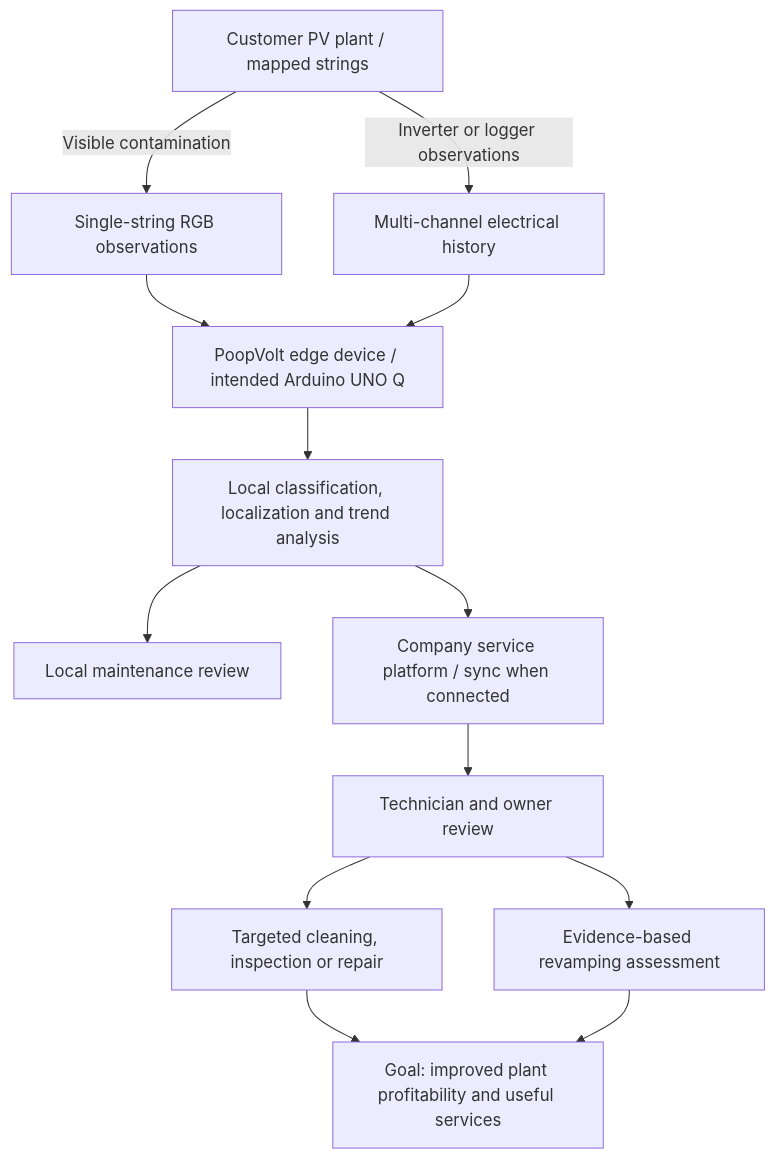
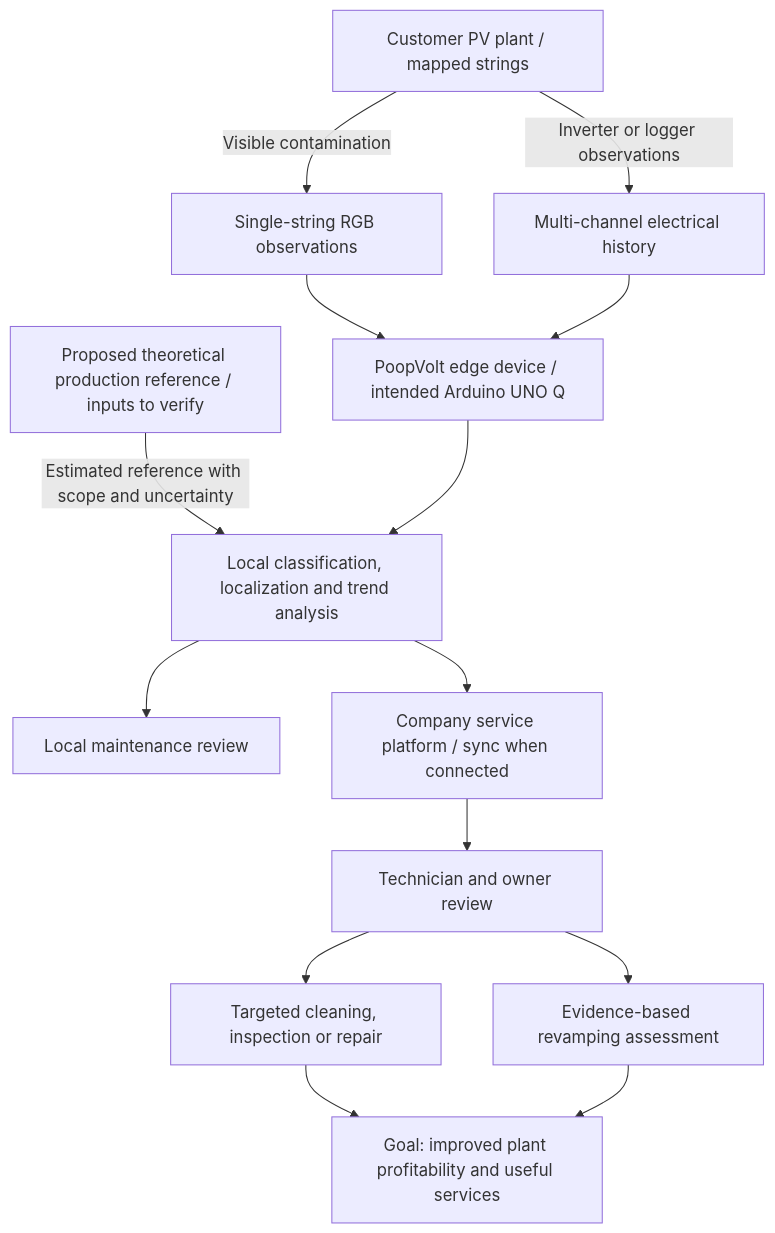
The diagram in docs/architecture/overview.md (B-AROL-O/hackturin-2026), drawn with Mermaid before and after one commit. The commit also changed other lines of this file and 25 other files, not shown here.

````diff
--- a/docs/architecture/overview.md
+++ b/docs/architecture/overview.md
@@ -10,26 +10,28 @@
 ```mermaid
 flowchart TB
     plant["Customer PV plant / mapped strings"]
     images["Single-string RGB observations"]
     telemetry["Multi-channel electrical history"]
+    expected["Proposed theoretical production reference / inputs to verify"]
     edge["PoopVolt edge device / intended Arduino UNO Q"]
     diagnostics["Local classification, localization and trend analysis"]
     local["Local maintenance review"]
     platform["Company service platform / sync when connected"]
     service["Technician and owner review"]
     maintenance["Targeted cleaning, inspection or repair"]
     revamping["Evidence-based revamping assessment"]
     value["Goal: improved plant profitability and useful services"]
     plant -->|Visible contamination| images
     plant -->|Inverter or logger observations| telemetry
     images --> edge
     telemetry --> edge
+    expected -->|Estimated reference with scope and uncertainty| diagnostics
     edge --> diagnostics
     diagnostics --> local
     diagnostics --> platform
     platform --> service
     service --> maintenance
     service --> revamping
     maintenance --> value
     revamping --> value
 ```
````
